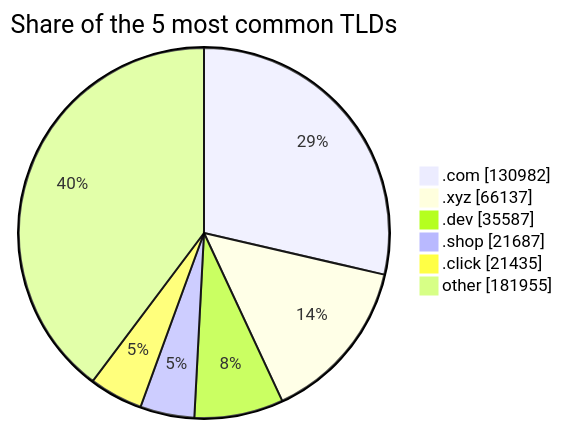
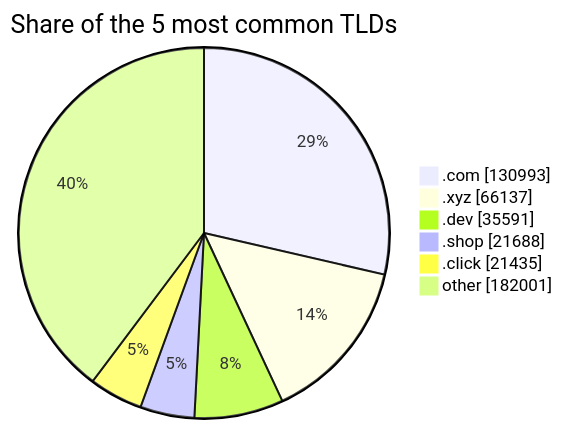
Before and after one commit to DNSBunker/CTI: the third of 3 diagrams in README.md, drawn with Mermaid. The commit also changed other lines of this file and 3 other files, not shown here.

````diff
--- a/README.md
+++ b/README.md
@@ -81,9 +81,9 @@
 ```mermaid
 pie showData title Share of the 5 most common TLDs
-    ".com" : 130982
+    ".com" : 130993
     ".xyz" : 66137
-    ".dev" : 35587
-    ".shop" : 21687
+    ".dev" : 35591
+    ".shop" : 21688
     ".click" : 21435
-    "other" : 181955
+    "other" : 182001
 ```
````
